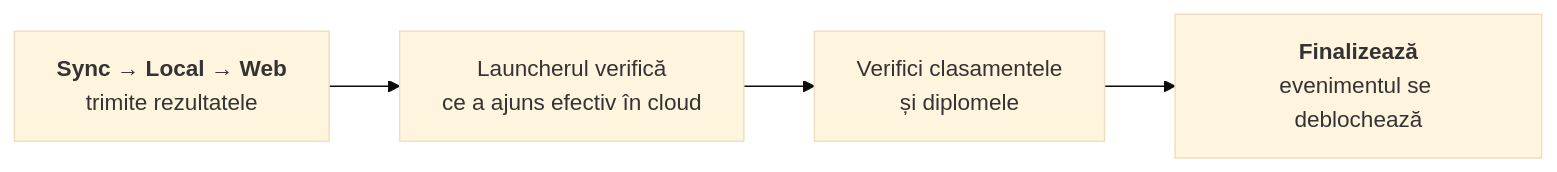
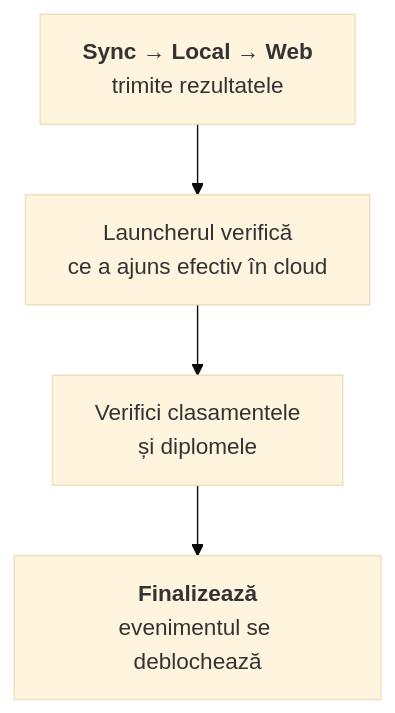
Before and after one commit to gabimolocea/vovinam-admin: the fourth of 4 diagrams in docs/GHID_COMPETITIE_LOCALA.md, drawn with Mermaid (base theme). The commit also changed other lines of this file, not shown here.

Commit message:
Turn the two wide diagrams in the LAN guide upright
Pe GitHub, containerul in care se deseneaza o diagrama nu se intinde, iar
butoanele de zoom stau peste coltul din dreapta. Cele doua diagrame pe
orizontala - ansamblul si traseul de dupa competitie - ieseau din el, asa ca
ultimul nod din fiecare ajungea pe jumatate sub butoane: "Tablete arbitri /
Ecran public" la prima, "Finalizeaza" la a doua. Adica exact capatul la care
duce tot desenul.

Pe verticala intra amandoua (328 si 276 px, fata de ~800 cat are coloana) si
se citesc la fel de bine. La ansamblu, cele doua sageti dintre cloud si
laptop stau acum una langa alta, ce intra si ce iese, ceea ce e chiar mai
limpede decat erau in sir.

Celelalte doua diagrame erau deja pe verticala si aratau bine; nu s-au atins.

````diff
--- a/docs/GHID_COMPETITIE_LOCALA.md
+++ b/docs/GHID_COMPETITIE_LOCALA.md
@@ -146,6 +146,6 @@
 ```mermaid
-flowchart LR
+flowchart TD
     A["<b>Sync → Local → Web</b><br/>trimite rezultatele"] --> B["Launcherul verifică<br/>ce a ajuns efectiv în cloud"]
     B --> C["Verifici clasamentele<br/>și diplomele"]
     C --> D["<b>Finalizează</b><br/>evenimentul se deblochează"]
 ```
````
